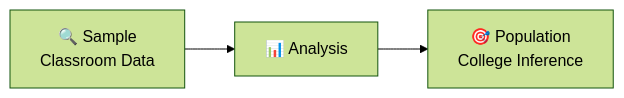
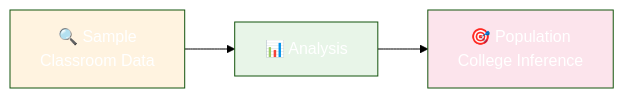
Before and after one commit to siddharthkumarrai/Statics: the first of 6 diagrams in README.md, drawn with Mermaid (forest theme).

````diff
--- a/README.md
+++ b/README.md
@@ -41,8 +41,8 @@
 ```mermaid
 graph LR
     A[🔍 Sample<br/>Classroom Data] --> B[📊 Analysis] --> C[🎯 Population<br/>College Inference]
+    style A fill:#fff3e0,color:#fff
+    style B fill:#e8f5e8,color:#fff
+    style C fill:#fce4ec,color:#fff
 
-    style A fill:#fff3e0 color:#000000
-    style B fill:#e8f5e8 color:#000000
-    style C fill:#fce4ec color:#000000
 ```
````
